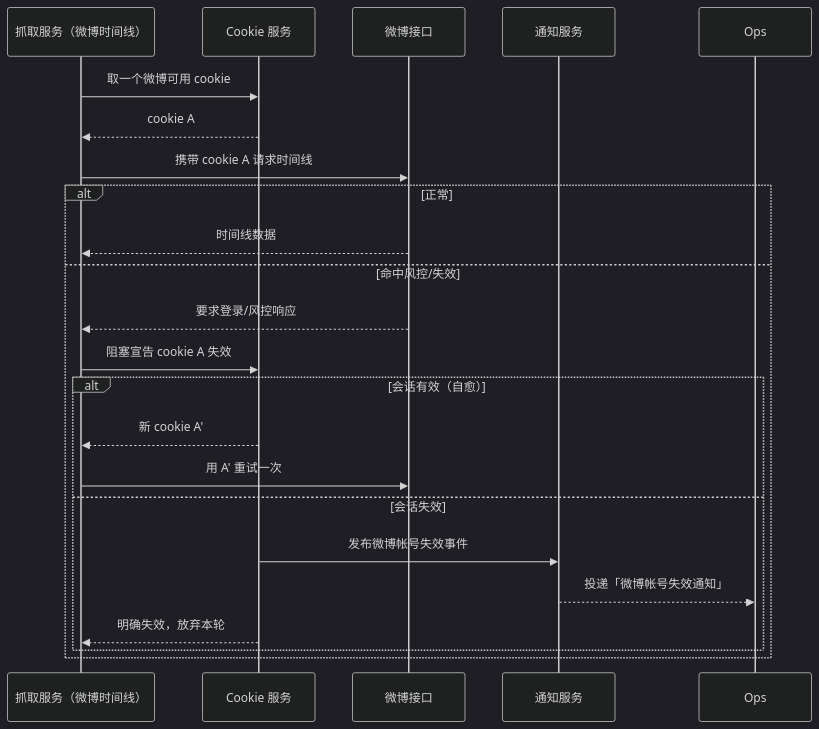
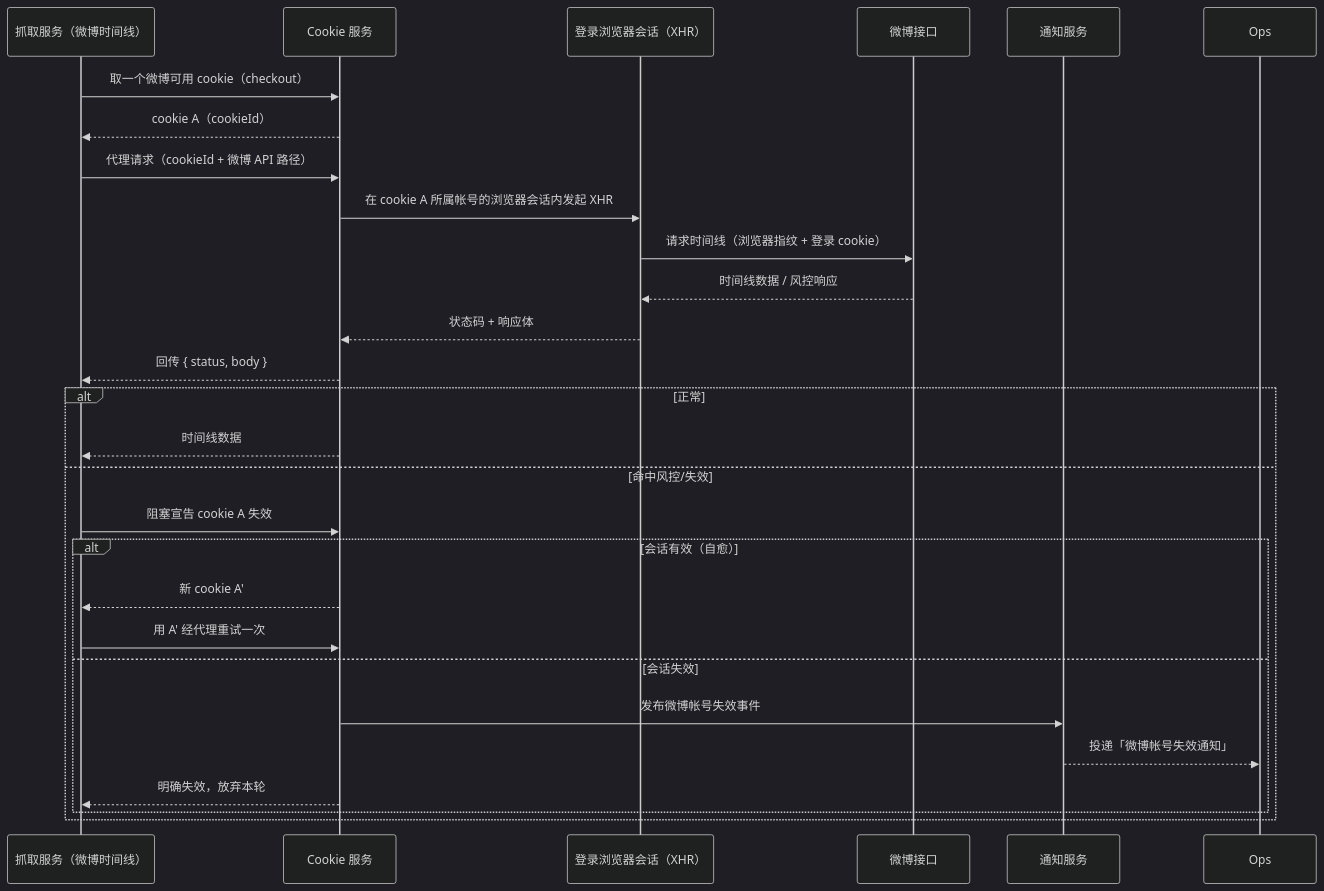
One commit to Deliay/z-vtuber changed the second of 2 diagrams in docs/product/draft/20260913-weibo-cookie-crawl-prd.md. Above: the diagram before and after it, drawn with Mermaid (dark theme). The commit also changed other lines of this file and 2 other files, not shown here.

Commit message:
docs: route weibo login-state requests through cookie-service proxy xhr

````diff
--- a/docs/product/draft/20260913-weibo-cookie-crawl-prd.md
+++ b/docs/product/draft/20260913-weibo-cookie-crawl-prd.md
@@ -137,25 +141,30 @@
 ```mermaid
 sequenceDiagram
     participant C as 抓取服务（微博时间线）
     participant CK as Cookie 服务
+    participant BR as 登录浏览器会话（XHR）
     participant WB as 微博接口
     participant N as 通知服务
 
-    C->>CK: 取一个微博可用 cookie
-    CK-->>C: cookie A
-    C->>WB: 携带 cookie A 请求时间线
+    C->>CK: 取一个微博可用 cookie（checkout）
+    CK-->>C: cookie A（cookieId）
+    C->>CK: 代理请求（cookieId + 微博 API 路径）
+    CK->>BR: 在 cookie A 所属帐号的浏览器会话内发起 XHR
+    BR->>WB: 请求时间线（浏览器指纹 + 登录 cookie）
+    WB-->>BR: 时间线数据 / 风控响应
+    BR-->>CK: 状态码 + 响应体
+    CK-->>C: 回传 { status, body }
     alt 正常
-        WB-->>C: 时间线数据
+        CK-->>C: 时间线数据
     else 命中风控/失效
-        WB-->>C: 要求登录/风控响应
         C->>CK: 阻塞宣告 cookie A 失效
         alt 会话有效（自愈）
             CK-->>C: 新 cookie A'
-            C->>WB: 用 A' 重试一次
+            C->>CK: 用 A' 经代理重试一次
         else 会话失效
             CK->>N: 发布微博帐号失效事件
             N-->>Ops: 投递「微博帐号失效通知」
             CK-->>C: 明确失效，放弃本轮
         end
     end
 ```
````
